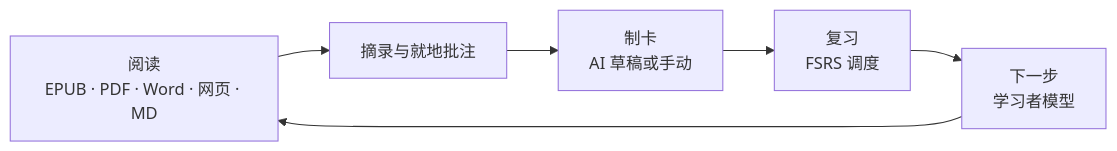
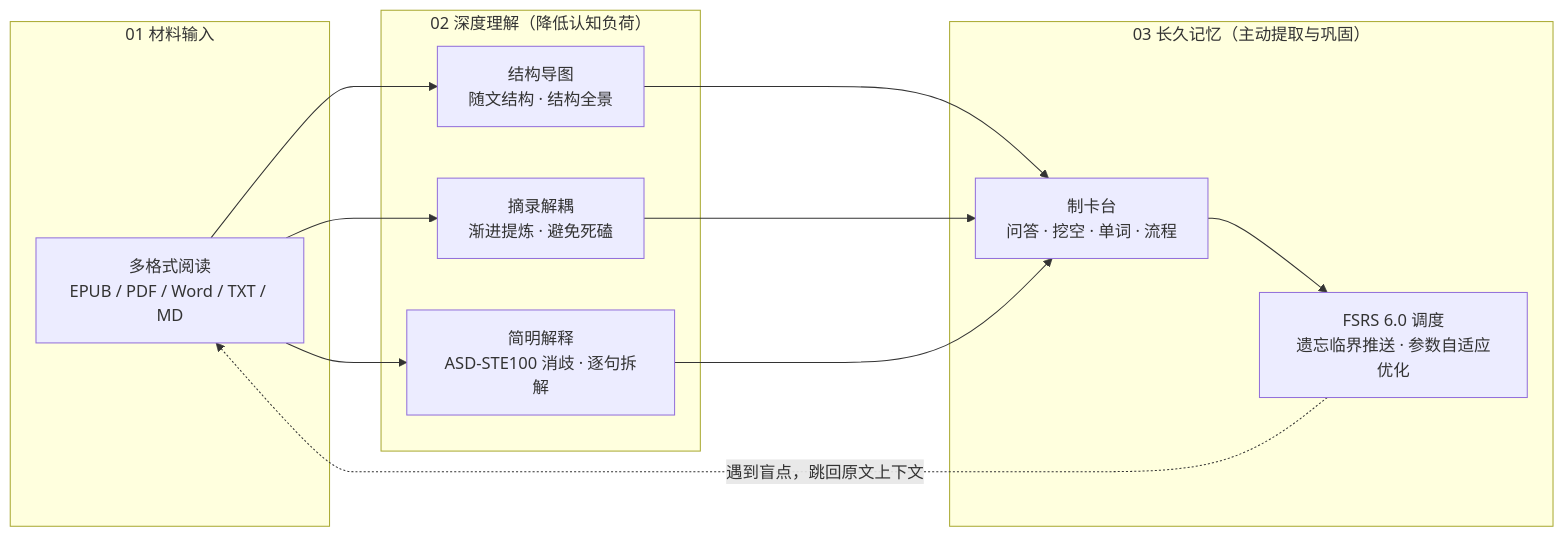
One commit to xiongdy54/Nutation changed the diagram in README.zh-CN.md. Above: the diagram before and after it, drawn with Mermaid. The commit also changed other lines of this file and 43 other files, not shown here.

Commit message:
feat(readme): 重构三语 README 与核心特性 60fps 高清演示视频（含麻婆豆腐配方图片挖空全闭环）

````diff
--- a/README.zh-CN.md
+++ b/README.zh-CN.md
@@ -29,8 +35,20 @@
 ```mermaid
 flowchart LR
-    A["阅读<br/>EPUB · PDF · Word · 网页 · MD"] --> B["摘录与就地批注"]
-    B --> C["制卡<br/>AI 草稿或手动"]
-    C --> D["复习<br/>FSRS 调度"]
-    D --> E["下一步<br/>学习者模型"]
-    E --> A
+    subgraph 01_输入["01 材料输入"]
+        A["多格式阅读<br/>EPUB / PDF / Word / TXT / MD"]
+    end
+    subgraph 02_理解["02 深度理解（降低认知负荷）"]
+        B1["结构导图<br/>随文结构 · 结构全景"]
+        B2["摘录解耦<br/>渐进提炼 · 避免死磕"]
+        B3["简明解释<br/>ASD-STE100 消歧 · 逐句拆解"]
+    end
+    subgraph 03_记住["03 长久记忆（主动提取与巩固）"]
+        C1["制卡台<br/>问答 · 挖空 · 单词 · 流程"]
+        C2["FSRS 6.0 调度<br/>遗忘临界推送 · 参数自适应优化"]
+    end
+
+    A --> B1 & B2 & B3
+    B1 & B2 & B3 --> C1
+    C1 --> C2
+    C2 -.->|"遇到盲点，跳回原文上下文"| A
 ```
````
